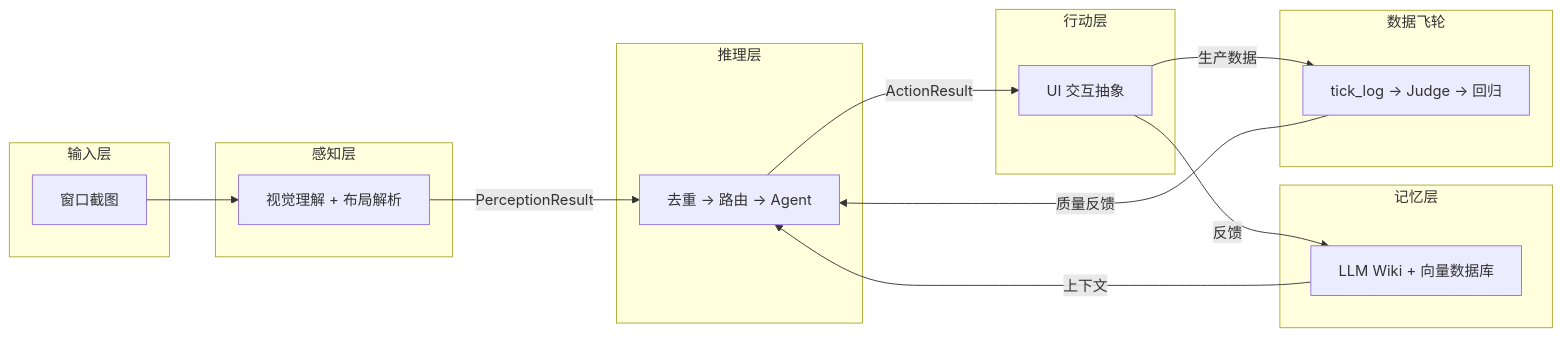
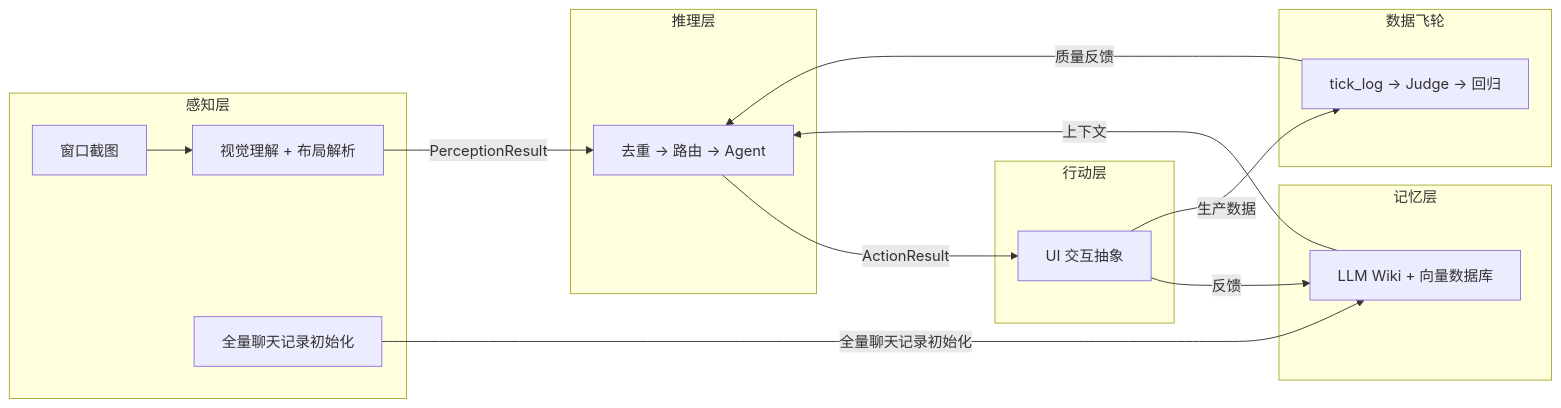
The first of 6 diagrams in README.md (899ms/wechat-mac-rpa), drawn with Mermaid before and after one commit.

Commit message:
docs: merge input layer into perception layer and add history init arrow (#26)
将 README 架构图中的"输入层"并入"感知层"，并补全"全量聊天记录初始化 → 记忆系统"的箭头。

````diff
--- a/README.md
+++ b/README.md
@@ -17,34 +17,33 @@
 ```mermaid
 graph LR
-    subgraph Input["输入层"]
+    subgraph Perception["感知层"]
         C[窗口截图]
-    end
-
-    subgraph Perception["感知层"]
         P[视觉理解 + 布局解析]
+        W[全量聊天记录初始化]
     end
 
     subgraph Reasoning["推理层"]
         R[去重 → 路由 → Agent]
     end
 
     subgraph Action["行动层"]
         A[UI 交互抽象]
     end
 
     subgraph Memory["记忆层"]
         M[LLM Wiki + 向量数据库]
     end
 
     subgraph Flywheel["数据飞轮"]
         D[tick_log → Judge → 回归]
     end
 
     C --> P
     P -->|PerceptionResult| R
     R -->|ActionResult| A
     A -->|反馈| M
     M -->|上下文| R
+    W -->|全量聊天记录初始化| M
     A -->|生产数据| D
     D -->|质量反馈| R
 ```
````
